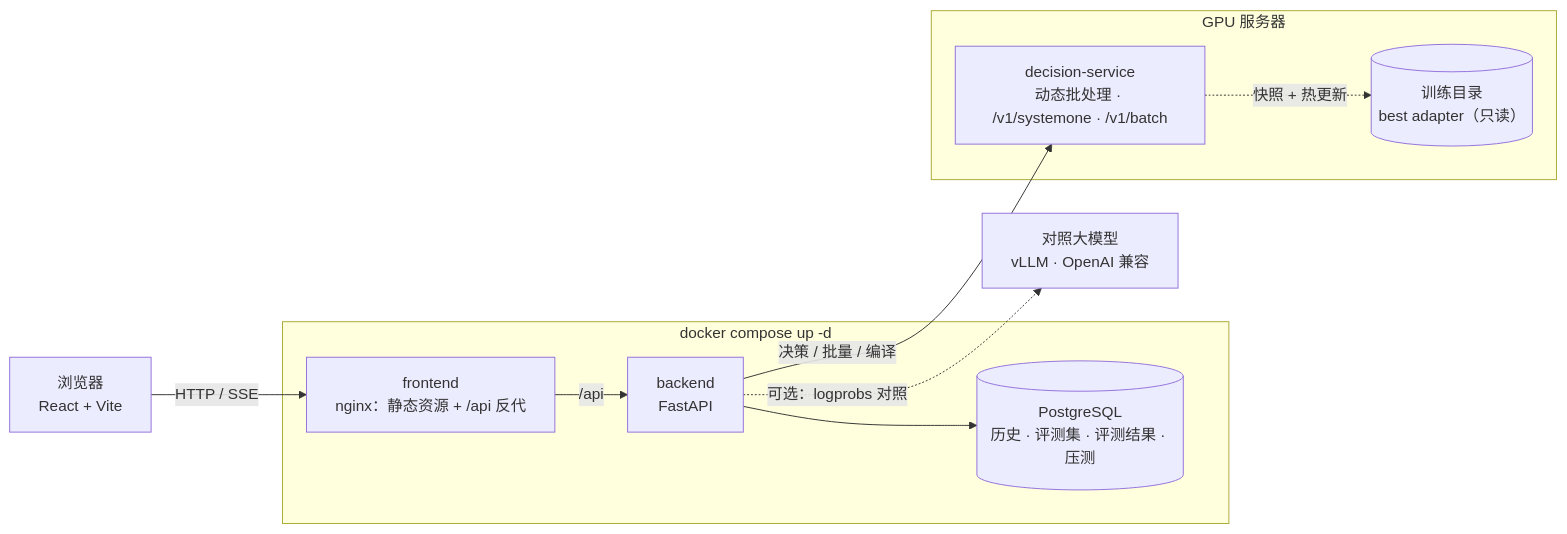
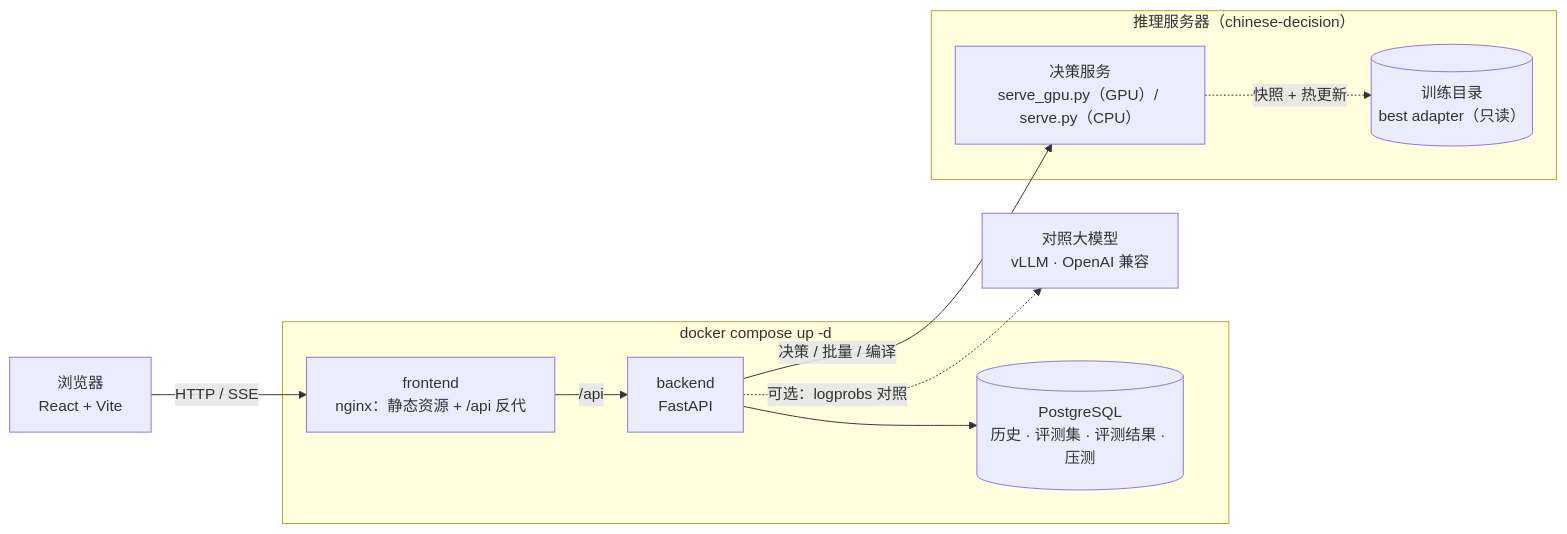
Before and after one commit to yanqiangmiffy/chinese-decision-studio: the diagram in README.md, drawn with Mermaid. The commit also changed other lines of this file and 12 other files, not shown here.

First line of the commit message:
refactor: drop decision-service; the inference service lives in chinese-decision

````diff
--- a/README.md
+++ b/README.md
@@ -146,21 +148,21 @@
 ```mermaid
 flowchart LR
     user["浏览器<br/>React + Vite"]
     subgraph compose["docker compose up -d"]
         nginx["frontend<br/>nginx：静态资源 + /api 反代"]
         api["backend<br/>FastAPI"]
         pg[("PostgreSQL<br/>历史 · 评测集 · 评测结果 · 压测")]
     end
-    subgraph gpu["GPU 服务器"]
-        svc["decision-service<br/>动态批处理 · /v1/systemone · /v1/batch"]
+    subgraph gpu["推理服务器（chinese-decision）"]
+        svc["决策服务<br/>serve_gpu.py（GPU）/ serve.py（CPU）"]
         run[("训练目录<br/>best adapter（只读）")]
     end
     llm["对照大模型<br/>vLLM · OpenAI 兼容"]
 
     user -- "HTTP / SSE" --> nginx
     nginx -- "/api" --> api
     api --> pg
     api -- "决策 / 批量 / 编译" --> svc
     svc -. "快照 + 热更新" .-> run
     api -. "可选：logprobs 对照" .-> llm
 ```
````
